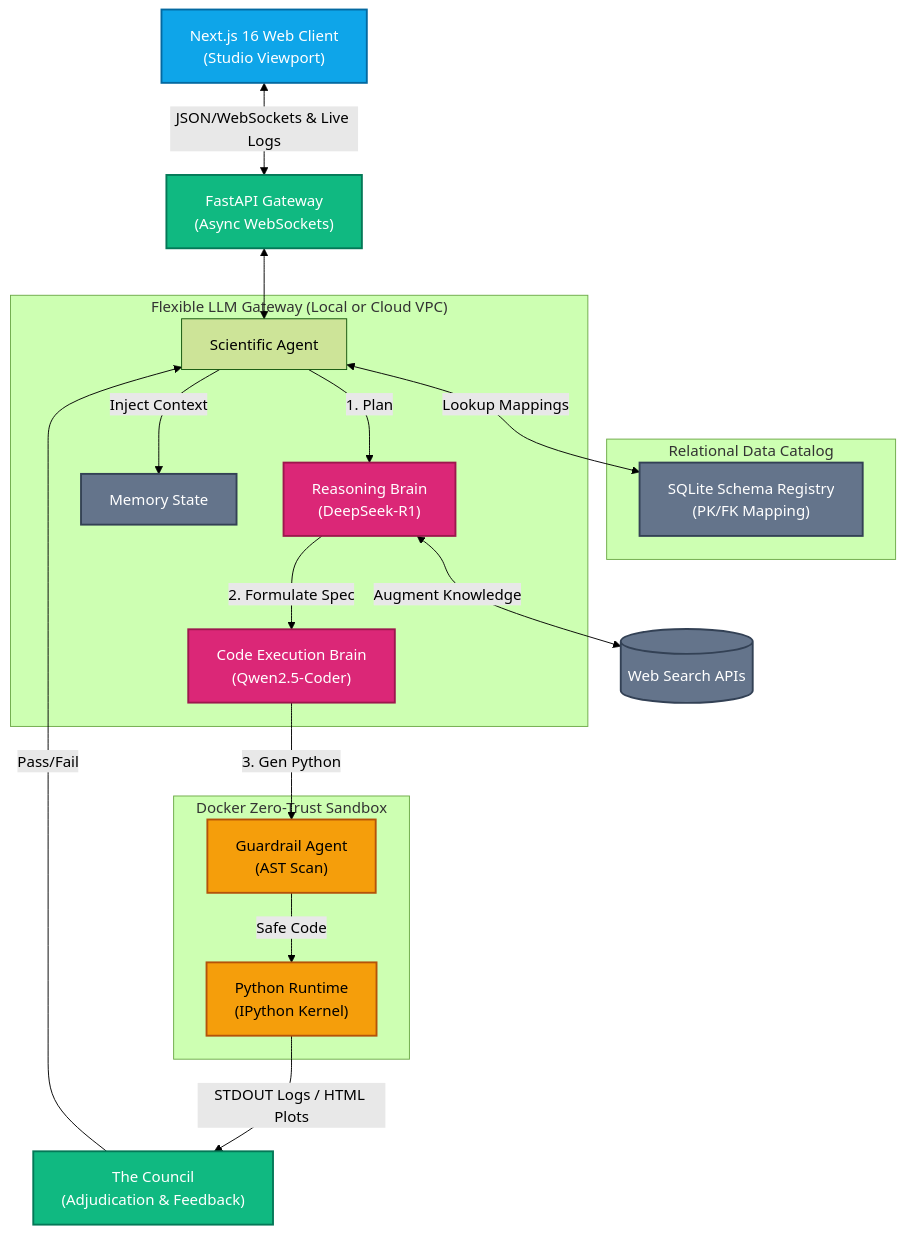
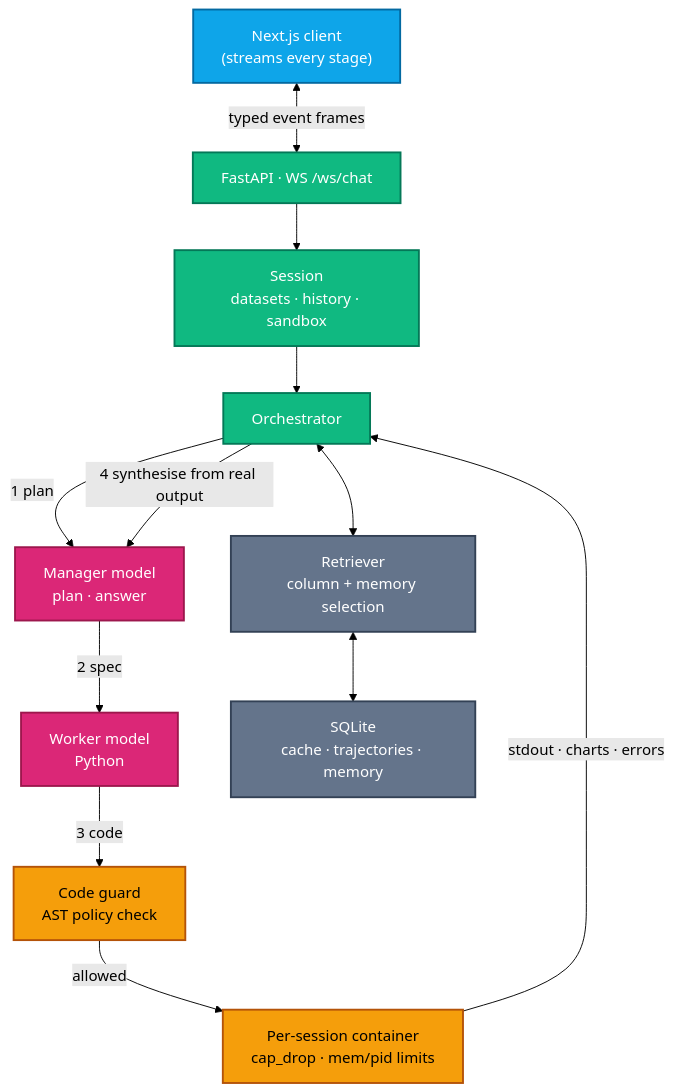
One commit to Aniket-a14/Wizard-w1 changed the diagram in Readme.md. Above: the diagram before and after it, drawn with Mermaid (forest theme). The commit also changed other lines of this file and 8 other files, not shown here.

````diff
--- a/Readme.md
+++ b/Readme.md
@@ -26,41 +42,32 @@
 ```mermaid
 graph TD
     classDef client fill:#0ea5e9,stroke:#0369a1,stroke-width:2px,color:#fff;
     classDef api fill:#10b981,stroke:#047857,stroke-width:2px,color:#fff;
     classDef brain fill:#db2777,stroke:#9d174d,stroke-width:2px,color:#fff;
     classDef sandbox fill:#f59e0b,stroke:#b45309,stroke-width:2px,color:#000;
-    classDef ext fill:#64748b,stroke:#334155,stroke-width:2px,color:#fff;
+    classDef store fill:#64748b,stroke:#334155,stroke-width:2px,color:#fff;
 
-    client_UI["Next.js 16 Web Client<br/>(Studio Viewport)"]:::client
-    API_Gateway["FastAPI Gateway<br/>(Async WebSockets)"]:::api
+    UI["Next.js client<br/>(streams every stage)"]:::client
+    WS["FastAPI · WS /ws/chat"]:::api
+    Session["Session<br/>datasets · history · sandbox"]:::api
+    Orch["Orchestrator"]:::api
 
-    subgraph "Relational Data Catalog"
-        SchemaReg["SQLite Schema Registry<br/>(PK/FK Mapping)"]:::ext
-    end
+    Manager["Manager model<br/>plan · answer"]:::brain
+    Worker["Worker model<br/>Python"]:::brain
 
-    subgraph "Flexible LLM Gateway (Local or Cloud VPC)"
-        Orchestrator["Scientific Agent"]
-        Manager["Reasoning Brain<br/>(DeepSeek-R1)"]:::brain
-        Worker["Code Execution Brain<br/>(Qwen2.5-Coder)"]:::brain
-        RAG["Memory State"]:::ext
-    end
+    Guard["Code guard<br/>AST policy check"]:::sandbox
+    Box["Per-session container<br/>cap_drop · mem/pid limits"]:::sandbox
 
-    subgraph "Docker Zero-Trust Sandbox"
-        CodeCheck["Guardrail Agent<br/>(AST Scan)"]:::sandbox
-        Runtime["Python Runtime<br/>(IPython Kernel)"]:::sandbox
-    end
+    Store["SQLite<br/>cache · trajectories · memory"]:::store
+    Retr["Retriever<br/>column + memory selection"]:::store
 
-    TheCouncil["The Council<br/>(Adjudication & Feedback)"]:::api
-
-    client_UI <-->|JSON/WebSockets & Live Logs| API_Gateway
-    API_Gateway <--> Orchestrator
-    Orchestrator <-->|Lookup Mappings| SchemaReg
-    Orchestrator -->|Inject Context| RAG
-    Orchestrator -->|1. Plan| Manager
-    Manager <-->|Augment Knowledge| Search[(Web Search APIs)]:::ext
-    Manager -->|2. Formulate Spec| Worker
-    Worker -->|3. Gen Python| CodeCheck
-    CodeCheck -->|Safe Code| Runtime
-    Runtime -->|STDOUT Logs / HTML Plots| TheCouncil
-    TheCouncil -->|Pass/Fail| Orchestrator
+    UI <-->|typed event frames| WS
+    WS --> Session --> Orch
+    Orch <--> Retr <--> Store
+    Orch -->|1 plan| Manager
+    Manager -->|2 spec| Worker
+    Worker -->|3 code| Guard
+    Guard -->|allowed| Box
+    Box -->|stdout · charts · errors| Orch
+    Orch -->|4 synthesise from real output| Manager
 ```
````
